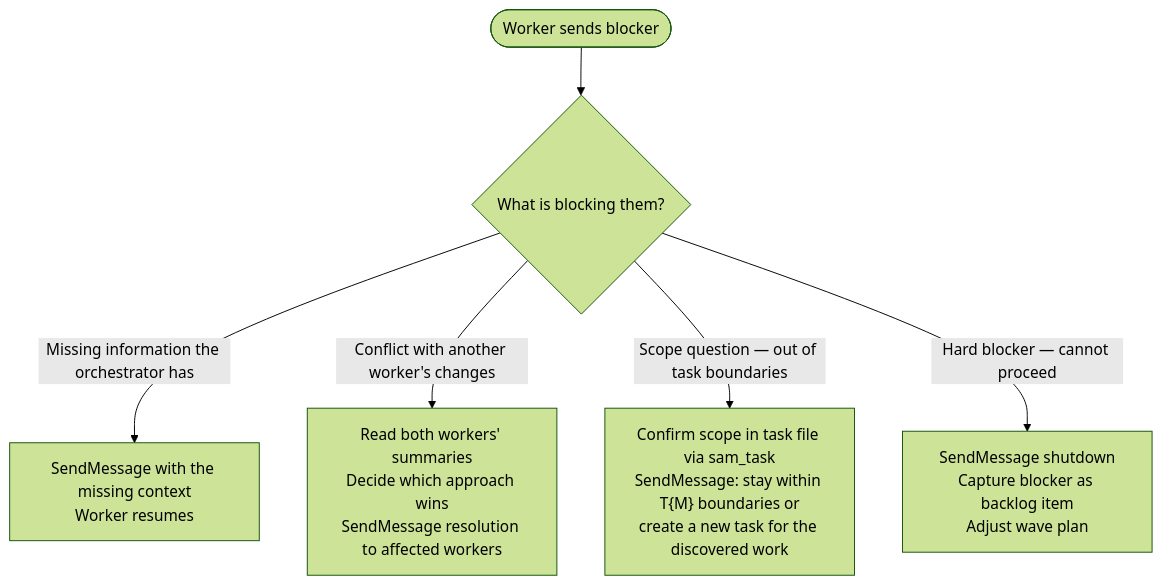
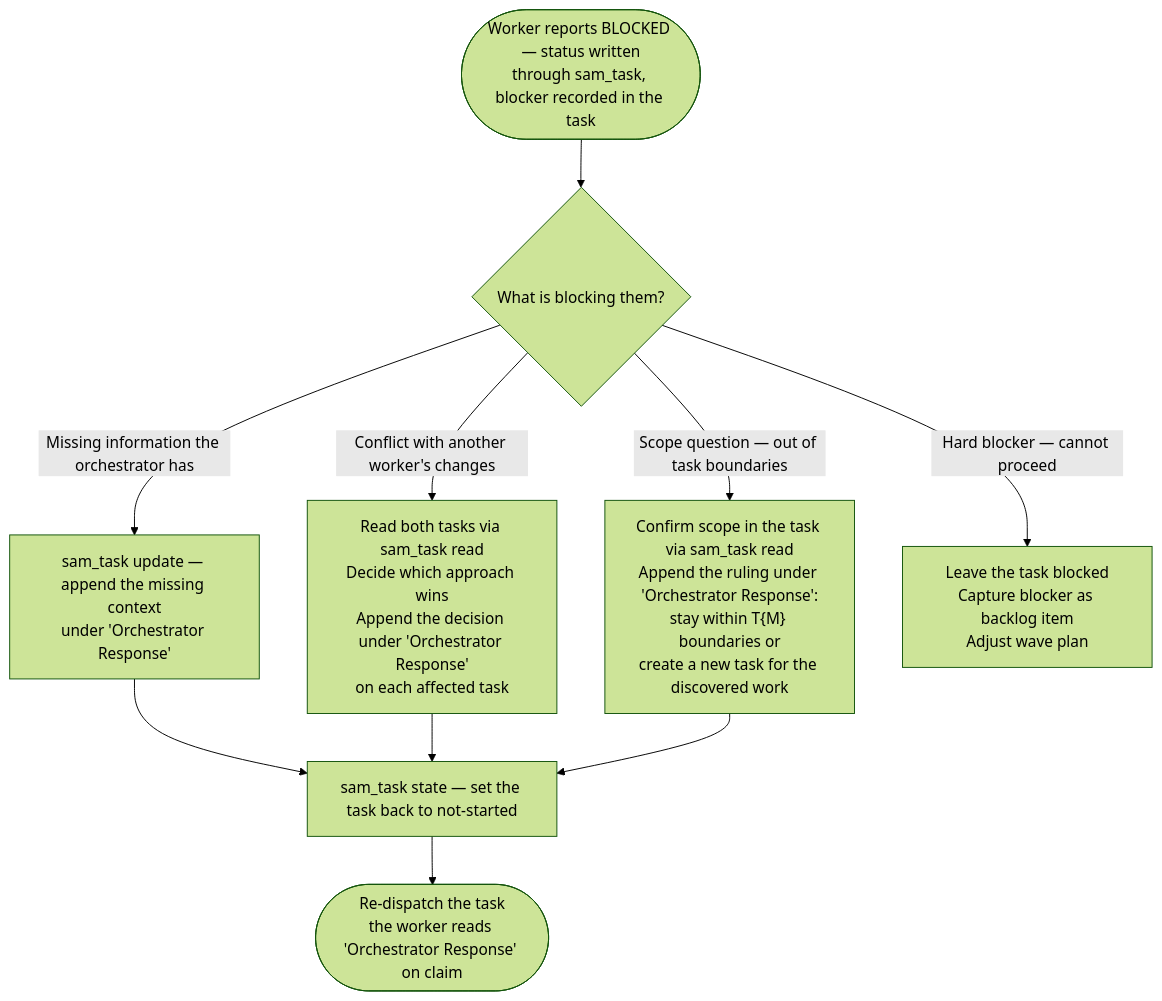
One commit to Jamie-BitFlight/claude_skills changed the third of 3 diagrams in plugins/development-harness/skills/dispatch/SKILL.md. Above: the diagram before and after it, drawn with Mermaid (forest theme). The commit also changed other lines of this file and 43 other files, not shown here.

First line of the commit message:
refactor(development-harness): route agent handoffs through the backend, not SendMessage (#3202)

````diff
--- a/plugins/development-harness/skills/dispatch/SKILL.md
+++ b/plugins/development-harness/skills/dispatch/SKILL.md
@@ -77,8 +77,12 @@
 ```mermaid
 flowchart TD
-    Blocker(["Worker sends blocker"]) --> Classify{"What is blocking them?"}
-    Classify -->|"Missing information the orchestrator has"| Relay["SendMessage with the missing context<br>Worker resumes"]
-    Classify -->|"Conflict with another worker's changes"| Resolve["Read both workers' summaries<br>Decide which approach wins<br>SendMessage resolution to affected workers"]
-    Classify -->|"Scope question — out of task boundaries"| Bound["Confirm scope in task file via sam_task<br>SendMessage: stay within T{M} boundaries or<br>create a new task for the discovered work"]
-    Classify -->|"Hard blocker — cannot proceed"| Escalate["SendMessage shutdown<br>Capture blocker as backlog item<br>Adjust wave plan"]
+    Blocker(["Worker reports BLOCKED — status written<br>through sam_task, blocker recorded in the task"]) --> Classify{"What is blocking them?"}
+    Classify -->|"Missing information the orchestrator has"| Relay["sam_task update — append the missing context<br>under 'Orchestrator Response'"]
+    Classify -->|"Conflict with another worker's changes"| Resolve["Read both tasks via sam_task read<br>Decide which approach wins<br>Append the decision under 'Orchestrator Response'<br>on each affected task"]
+    Classify -->|"Scope question — out of task boundaries"| Bound["Confirm scope in the task via sam_task read<br>Append the ruling under 'Orchestrator Response':<br>stay within T{M} boundaries or<br>create a new task for the discovered work"]
+    Relay --> Reopen
+    Resolve --> Reopen
+    Bound --> Reopen
+    Reopen["sam_task state — set the task back to not-started"] --> Redispatch(["Re-dispatch the task<br>the worker reads 'Orchestrator Response' on claim"])
+    Classify -->|"Hard blocker — cannot proceed"| Escalate["Leave the task blocked<br>Capture blocker as backlog item<br>Adjust wave plan"]
 ```
````
